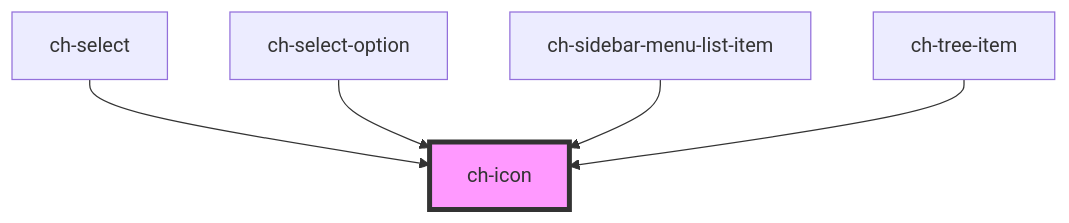
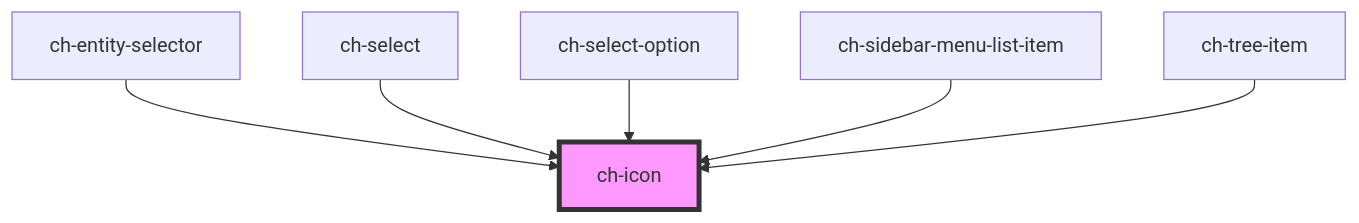
One commit to genexuslabs/chameleon-controls-library changed the diagram in src/components/icon/readme.md. Above: the diagram before and after it, drawn with Mermaid. The commit also changed other lines of this file and 14 other files, not shown here.

````diff
--- a/src/components/icon/readme.md
+++ b/src/components/icon/readme.md
@@ -37,8 +38,9 @@
 ```mermaid
 graph TD;
+  ch-entity-selector --> ch-icon
   ch-select --> ch-icon
   ch-select-option --> ch-icon
   ch-sidebar-menu-list-item --> ch-icon
   ch-tree-item --> ch-icon
   style ch-icon fill:#f9f,stroke:#333,stroke-width:4px
 ```
````
